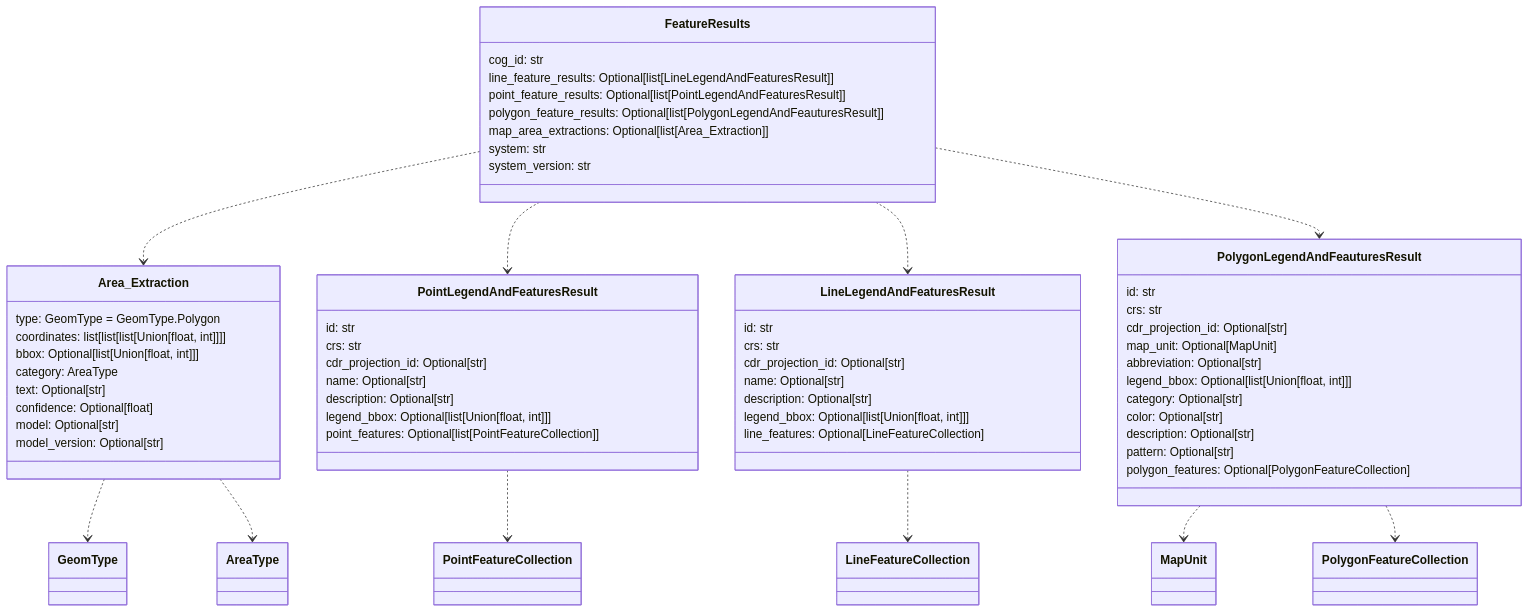
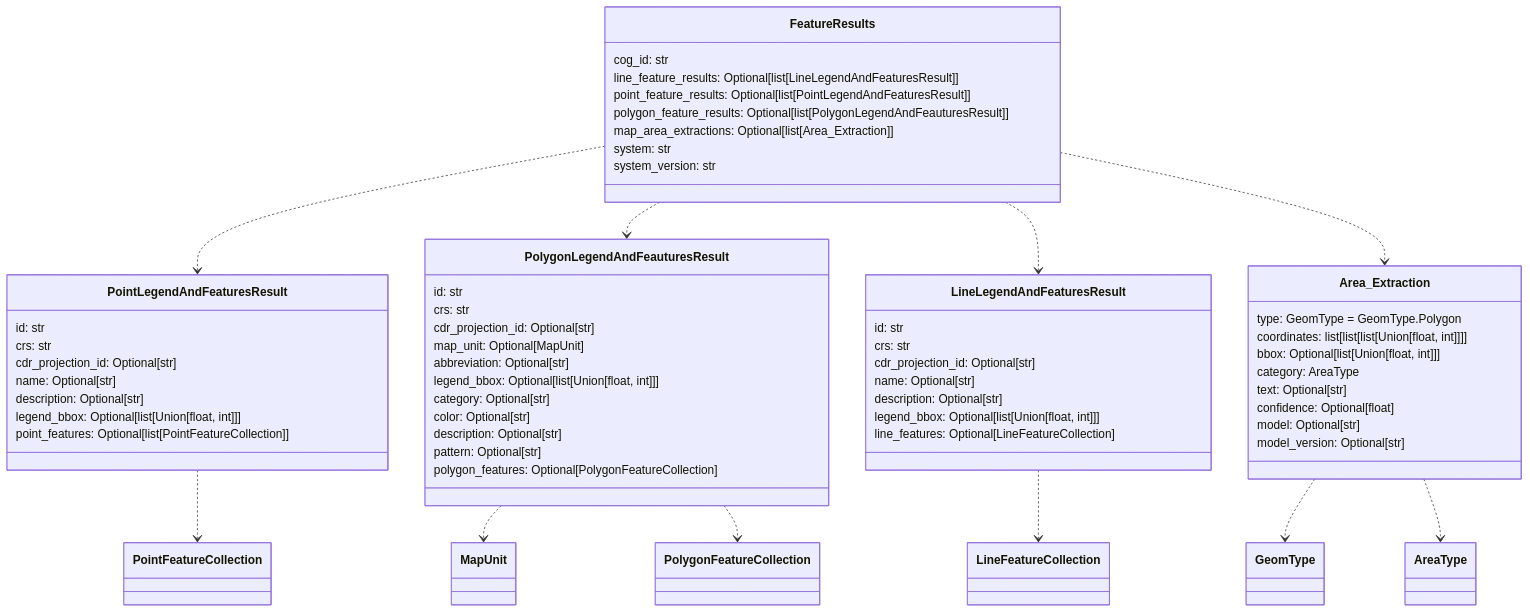
One commit to DARPA-CRITICALMAAS/cdr_schemas changed the third of 6 diagrams in README.md. Above: the diagram before and after it, drawn with Mermaid. The commit also changed other lines of this file, not shown here.

````diff
--- a/README.md
+++ b/README.md
@@ -189,71 +188,71 @@
 ```mermaid
 classDiagram
+
+    class PointLegendAndFeaturesResult {
+        id: str
+        crs: str
+        cdr_projection_id: Optional[str]
+        name: Optional[str]
+        description: Optional[str]
+        legend_bbox: Optional[list[Union[float, int]]]
+        point_features: Optional[list[PointFeatureCollection]]
+    }
+
+    class LineLegendAndFeaturesResult {
+        id: str
+        crs: str
+        cdr_projection_id: Optional[str]
+        name: Optional[str]
+        description: Optional[str]
+        legend_bbox: Optional[list[Union[float, int]]]
+        line_features: Optional[LineFeatureCollection]
+    }
+
+    class Area_Extraction {
+        type: GeomType = GeomType.Polygon
+        coordinates: list[list[list[Union[float, int]]]]
+        bbox: Optional[list[Union[float, int]]]
+        category: AreaType
+        text: Optional[str]
+        confidence: Optional[float]
+        model: Optional[str]
+        model_version: Optional[str]
+    }
 
     class FeatureResults {
         cog_id: str
         line_feature_results: Optional[list[LineLegendAndFeaturesResult]]
         point_feature_results: Optional[list[PointLegendAndFeaturesResult]]
         polygon_feature_results: Optional[list[PolygonLegendAndFeauturesResult]]
         map_area_extractions: Optional[list[Area_Extraction]]
         system: str
         system_version: str
     }
 
     class PolygonLegendAndFeauturesResult {
         id: str
         crs: str
         cdr_projection_id: Optional[str]
         map_unit: Optional[MapUnit]
         abbreviation: Optional[str]
         legend_bbox: Optional[list[Union[float, int]]]
         category: Optional[str]
         color: Optional[str]
         description: Optional[str]
         pattern: Optional[str]
         polygon_features: Optional[PolygonFeatureCollection]
     }
 
-    class Area_Extraction {
-        type: GeomType = GeomType.Polygon
-        coordinates: list[list[list[Union[float, int]]]]
-        bbox: Optional[list[Union[float, int]]]
-        category: AreaType
-        text: Optional[str]
-        confidence: Optional[float]
-        model: Optional[str]
-        model_version: Optional[str]
-    }
-
-    class PointLegendAndFeaturesResult {
-        id: str
-        crs: str
-        cdr_projection_id: Optional[str]
-        name: Optional[str]
-        description: Optional[str]
-        legend_bbox: Optional[list[Union[float, int]]]
-        point_features: Optional[list[PointFeatureCollection]]
-    }
-
-    class LineLegendAndFeaturesResult {
-        id: str
-        crs: str
-        cdr_projection_id: Optional[str]
-        name: Optional[str]
-        description: Optional[str]
-        legend_bbox: Optional[list[Union[float, int]]]
-        line_features: Optional[LineFeatureCollection]
-    }
-
     Area_Extraction ..> GeomType
     Area_Extraction ..> AreaType
     LineLegendAndFeaturesResult ..> LineFeatureCollection
     PointLegendAndFeaturesResult ..> PointFeatureCollection
     PolygonLegendAndFeauturesResult ..> MapUnit
     PolygonLegendAndFeauturesResult ..> PolygonFeatureCollection
+    FeatureResults ..> PointLegendAndFeaturesResult
+    FeatureResults ..> PolygonLegendAndFeauturesResult
+    FeatureResults ..> LineLegendAndFeaturesResult
     FeatureResults ..> Area_Extraction
-    FeatureResults ..> PointLegendAndFeaturesResult
-    FeatureResults ..> LineLegendAndFeaturesResult
-    FeatureResults ..> PolygonLegendAndFeauturesResult
 
 
 ```
````
